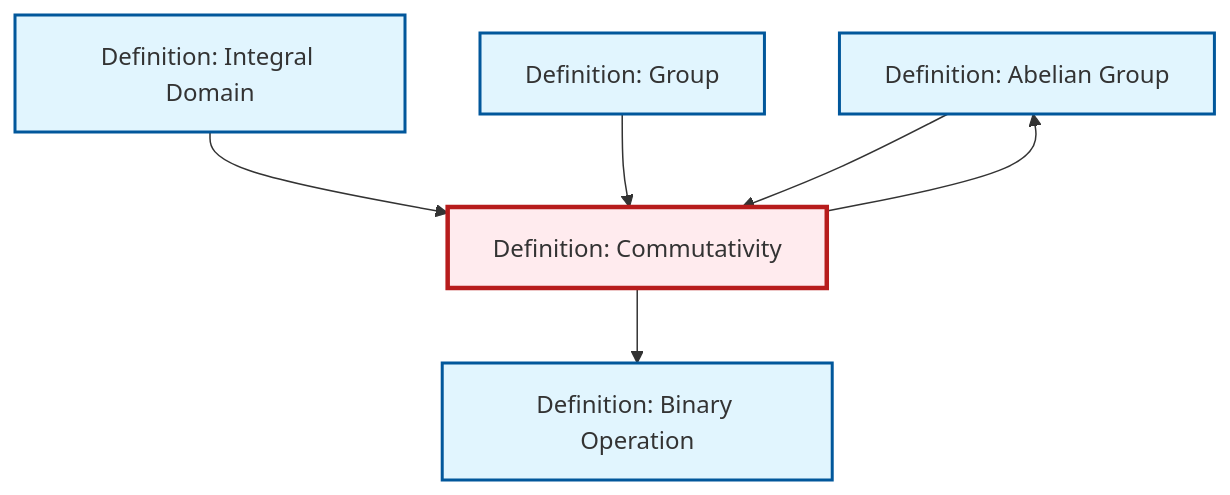
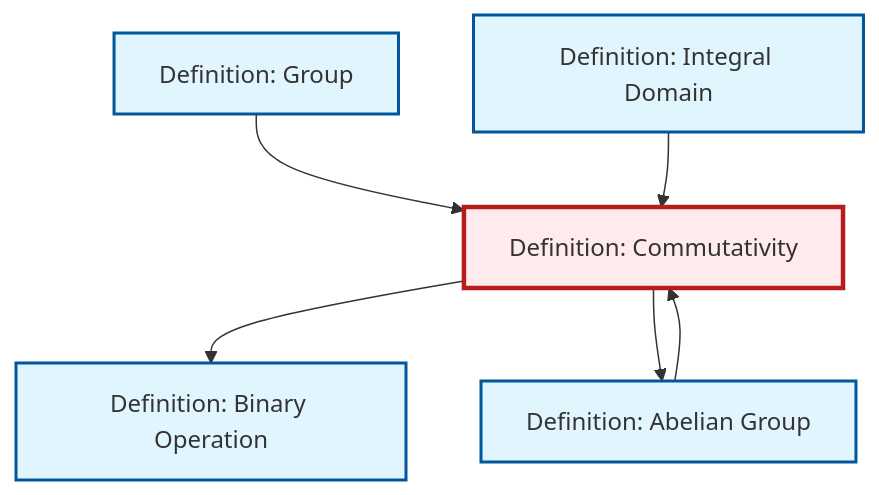
Before and after one commit to RK0429/ModernMath: the diagram in output/mermaid/en/def-commutativity.mermaid, drawn with Mermaid. The commit also changed other lines of this file and 3096 other files, not shown here.

```diff
--- a/output/mermaid/en/def-commutativity.mermaid
+++ b/output/mermaid/en/def-commutativity.mermaid
@@ -1,17 +1,17 @@
 graph TD
     classDef definition fill:#e1f5fe,stroke:#01579b,stroke-width:2px
     classDef theorem fill:#f3e5f5,stroke:#4a148c,stroke-width:2px
     classDef axiom fill:#fff3e0,stroke:#e65100,stroke-width:2px
     classDef example fill:#e8f5e9,stroke:#1b5e20,stroke-width:2px
     classDef current fill:#ffebee,stroke:#b71c1c,stroke-width:3px
+    def-commutativity["Definition: Commutativity"]:::definition
+    def-group["Definition: Group"]:::definition
+    def-integral-domain["Definition: Integral Domain"]:::definition
     def-abelian-group["Definition: Abelian Group"]:::definition
     def-binary-operation["Definition: Binary Operation"]:::definition
-    def-integral-domain["Definition: Integral Domain"]:::definition
-    def-group["Definition: Group"]:::definition
-    def-commutativity["Definition: Commutativity"]:::definition
+    def-abelian-group --> def-commutativity
     def-commutativity --> def-binary-operation
+    def-group --> def-commutativity
     def-integral-domain --> def-commutativity
-    def-group --> def-commutativity
-    def-abelian-group --> def-commutativity
     def-commutativity --> def-abelian-group
     class def-commutativity current
```
